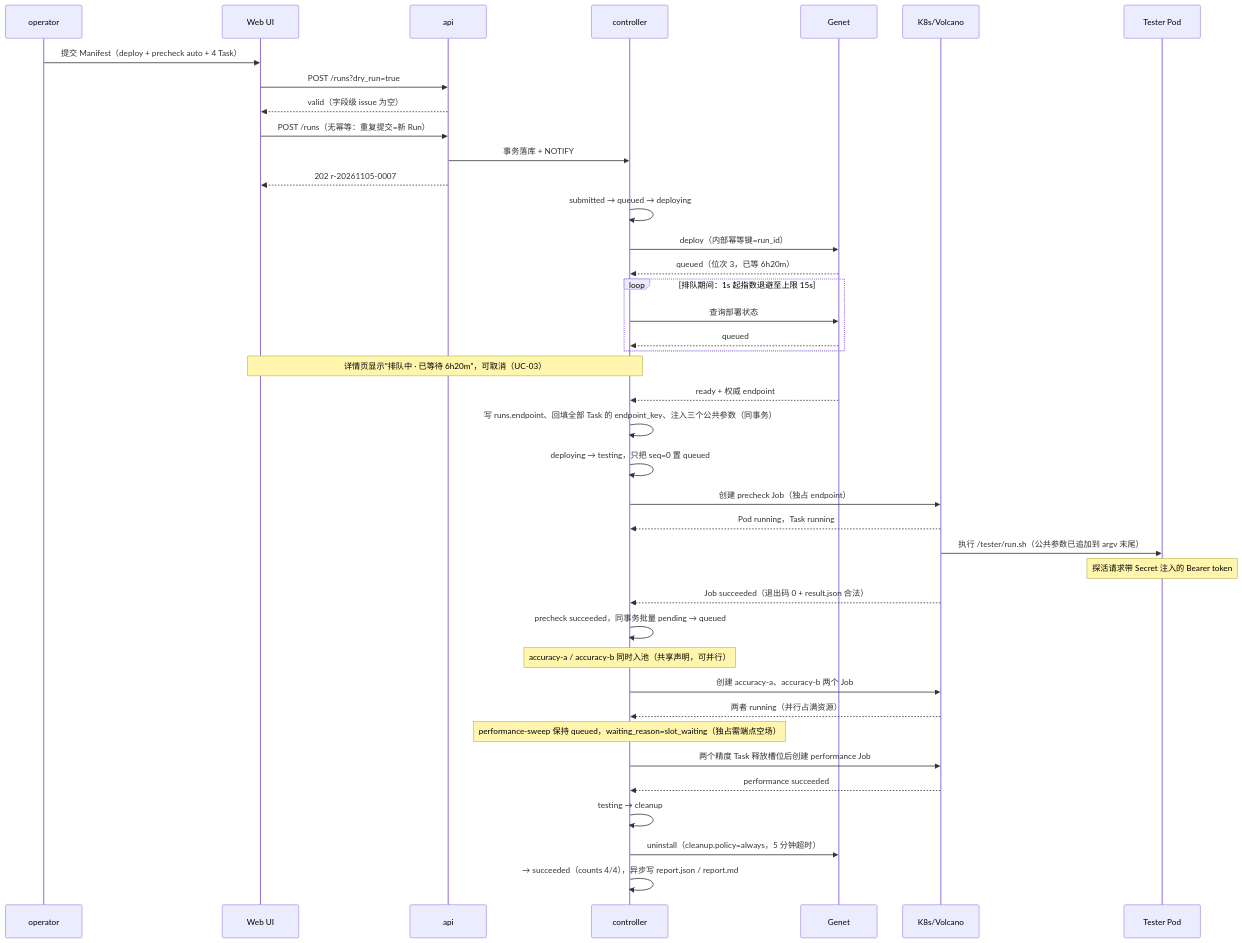
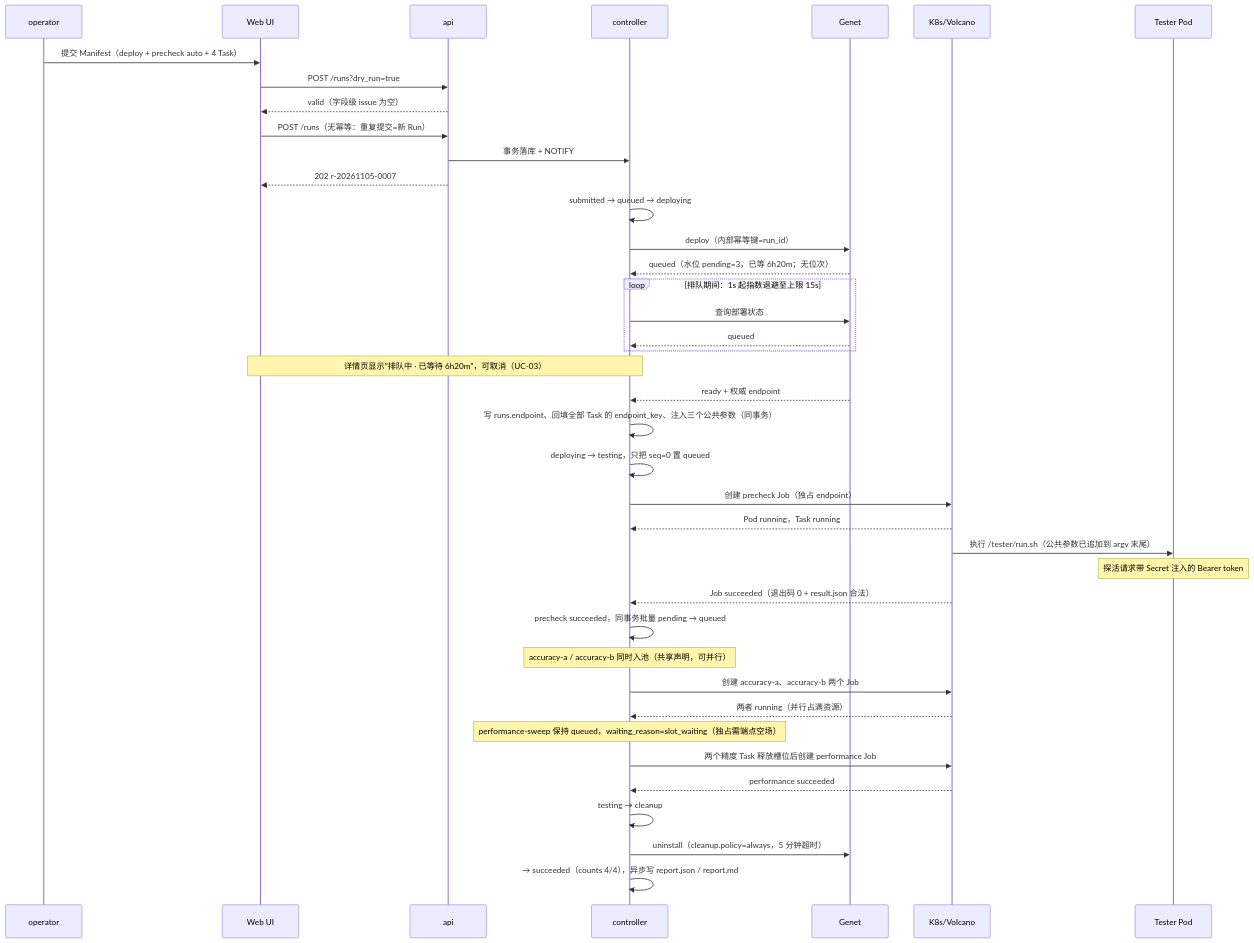
The first of 2 diagrams in design/views/01-use-case-view.md (ucm-system/testplane), drawn with Mermaid before and after one commit. The commit also changed other lines of this file and 95 other files, not shown here.

````diff
--- a/design/views/01-use-case-view.md
+++ b/design/views/01-use-case-view.md
@@ -101,43 +101,43 @@
 ```mermaid
 sequenceDiagram
     participant U as operator
     participant W as Web UI
     participant A as api
     participant C as controller
     participant G as Genet
     participant K as K8s/Volcano
     participant T as Tester Pod
 
     U->>W: 提交 Manifest（deploy + precheck auto + 4 Task）
     W->>A: POST /runs?dry_run=true
     A-->>W: valid（字段级 issue 为空）
     W->>A: POST /runs（无幂等：重复提交=新 Run）
     A->>C: 事务落库 + NOTIFY
     A-->>W: 202 r-20261105-0007
     C->>C: submitted → queued → deploying
     C->>G: deploy（内部幂等键=run_id）
-    G-->>C: queued（位次 3，已等 6h20m）
+    G-->>C: queued（水位 pending=3，已等 6h20m；无位次）
     loop 排队期间：1s 起指数退避至上限 15s
         C->>G: 查询部署状态
         G-->>C: queued
     end
     Note over C,W: 详情页显示"排队中 · 已等待 6h20m"，可取消（UC-03）
     G-->>C: ready + 权威 endpoint
     C->>C: 写 runs.endpoint、回填全部 Task 的 endpoint_key、注入三个公共参数（同事务）
     C->>C: deploying → testing，只把 seq=0 置 queued
     C->>K: 创建 precheck Job（独占 endpoint）
     K-->>C: Pod running，Task running
     K->>T: 执行 /tester/run.sh（公共参数已追加到 argv 末尾）
     Note over T: 探活请求带 Secret 注入的 Bearer token
     K-->>C: Job succeeded（退出码 0 + result.json 合法）
     C->>C: precheck succeeded，同事务批量 pending → queued
     Note over C: accuracy-a / accuracy-b 同时入池（共享声明，可并行）
     C->>K: 创建 accuracy-a、accuracy-b 两个 Job
     K-->>C: 两者 running（并行占满资源）
     Note over C: performance-sweep 保持 queued，waiting_reason=slot_waiting（独占需端点空场）
     C->>K: 两个精度 Task 释放槽位后创建 performance Job
     K-->>C: performance succeeded
     C->>C: testing → cleanup
     C->>G: uninstall（cleanup.policy=always，5 分钟超时）
     C->>C: → succeeded（counts 4/4），异步写 report.json / report.md
 ```
````
